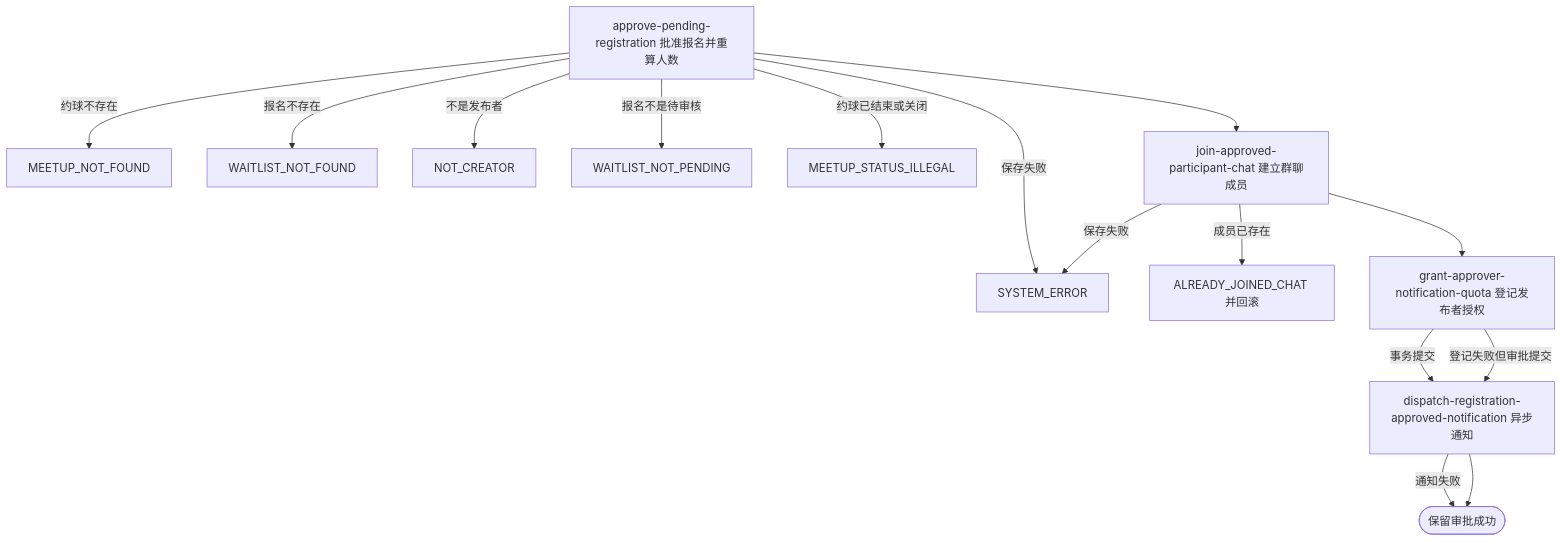
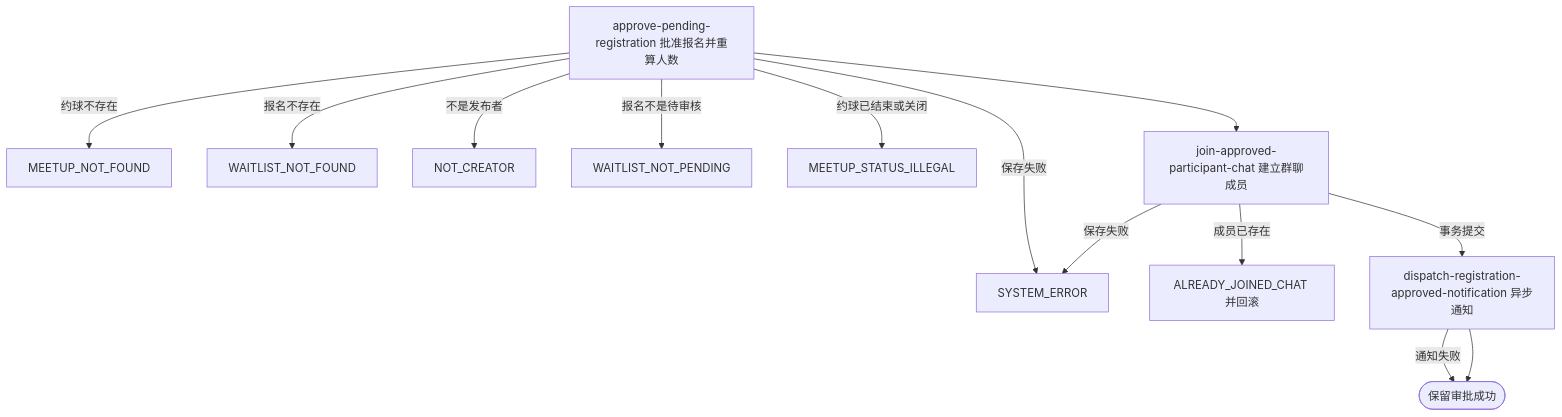
Before and after one commit to chxt100016/Rally: the diagram in blueprint/spec/meetup/registration-approve/approve-registration.md, drawn with Mermaid. The commit also changed other lines of this file and 170 other files, not shown here.

````diff
--- a/blueprint/spec/meetup/registration-approve/approve-registration.md
+++ b/blueprint/spec/meetup/registration-approve/approve-registration.md
@@ -38,17 +36,15 @@
 ```mermaid
 flowchart TD
     A[approve-pending-registration 批准报名并重算人数] -->|约球不存在| E1[MEETUP_NOT_FOUND]
     A -->|报名不存在| E2[WAITLIST_NOT_FOUND]
     A -->|不是发布者| E3[NOT_CREATOR]
     A -->|报名不是待审核| E4[WAITLIST_NOT_PENDING]
     A -->|约球已结束或关闭| E5[MEETUP_STATUS_ILLEGAL]
     A -->|保存失败| E6[SYSTEM_ERROR]
     A --> B[join-approved-participant-chat 建立群聊成员]
     B -->|成员已存在| E7[ALREADY_JOINED_CHAT 并回滚]
     B -->|保存失败| E6
-    B --> D[grant-approver-notification-quota 登记发布者授权]
-    D -->|事务提交| C[dispatch-registration-approved-notification 异步通知]
-    D -->|登记失败但审批提交| C
+    B -->|事务提交| C[dispatch-registration-approved-notification 异步通知]
     C -->|通知失败| S([保留审批成功])
     C --> S
 ```
````
